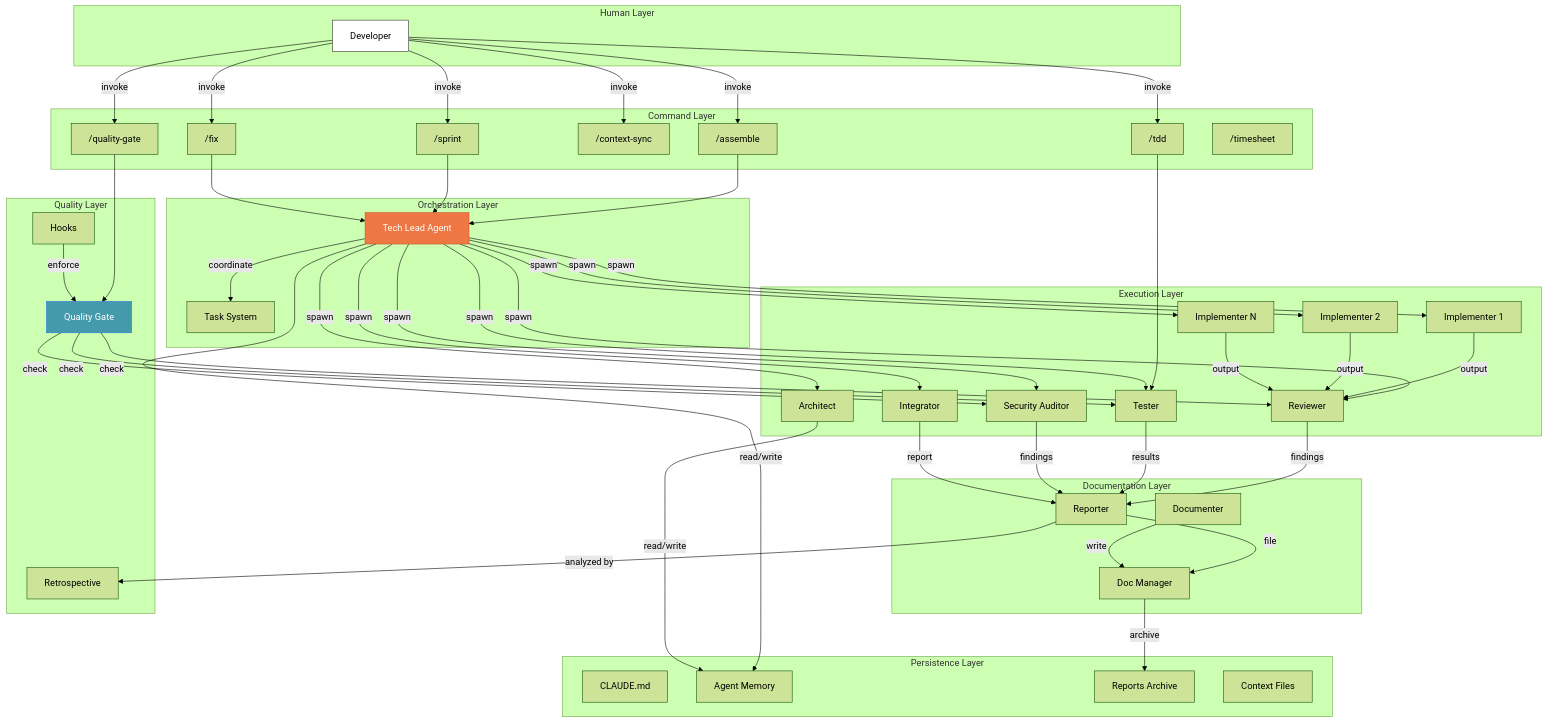
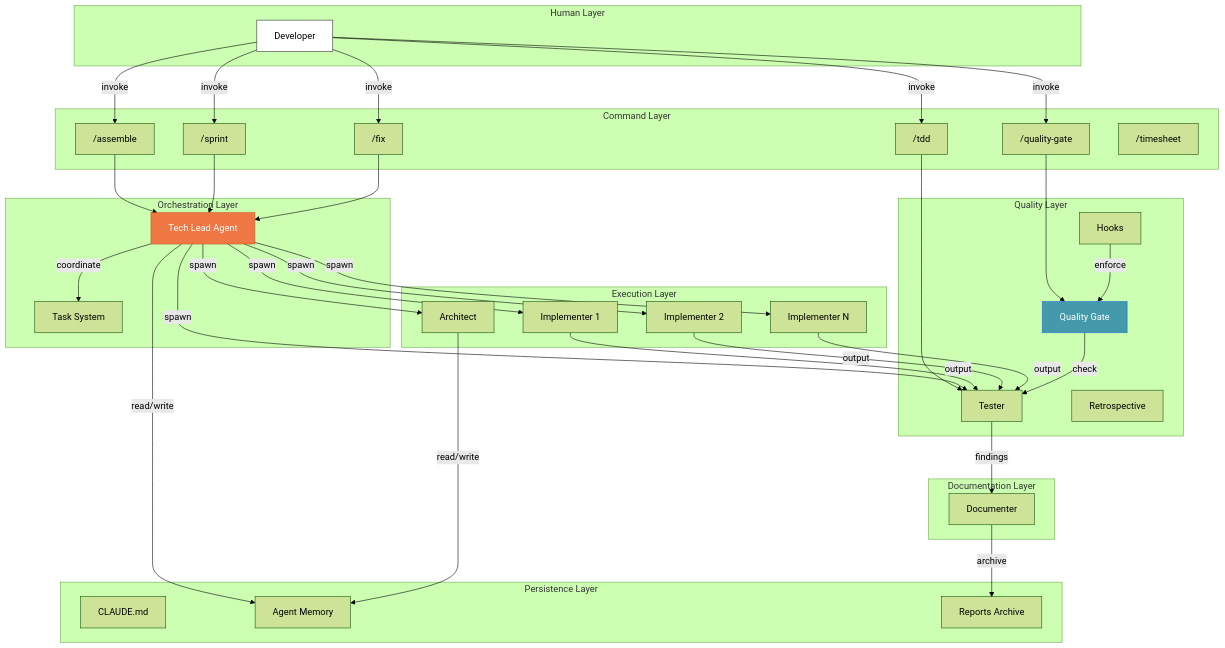
One commit to Muheng1992/symbiotic-engineering changed the second of 18 diagrams in docs/AGENT-ARMY-DESIGN.md. Above: the diagram before and after it, drawn with Mermaid (forest theme). The commit also changed other lines of this file and 46 other files, not shown here.

```diff
--- a/docs/AGENT-ARMY-DESIGN.md
+++ b/docs/AGENT-ARMY-DESIGN.md
@@ -78,7 +78,6 @@
         S1["/assemble"]
         S2["/sprint"]
         S3["/quality-gate"]
-        S4["/context-sync"]
         S5t["/tdd"]
         S6f["/fix"]
         S7ts["/timesheet"]
@@ -94,35 +93,28 @@
         IM1[Implementer 1]
         IM2[Implementer 2]
         IM3[Implementer N]
+    end
+
+    subgraph "Quality Layer"
         TE[Tester]
-        RV[Reviewer]
-        SA[Security Auditor]
-        IN[Integrator]
+        QG[Quality Gate]
+        HK[Hooks]
+        RT[Retrospective]
     end
 
     subgraph "Documentation Layer"
         DC[Documenter]
-        DM[Doc Manager]
-        RP[Reporter]
-    end
-
-    subgraph "Quality Layer"
-        QG[Quality Gate]
-        HK[Hooks]
-        RT[Retrospective]
     end
 
     subgraph "Persistence Layer"
         CM[CLAUDE.md]
         MEM[Agent Memory]
         RPT[Reports Archive]
-        CTX[Context Files]
     end
 
     U -->|invoke| S1
     U -->|invoke| S2
     U -->|invoke| S3
-    U -->|invoke| S4
     U -->|invoke| S5t
     U -->|invoke| S6f
 
@@ -136,28 +128,17 @@
     TL -->|spawn| IM2
     TL -->|spawn| IM3
     TL -->|spawn| TE
-    TL -->|spawn| RV
-    TL -->|spawn| SA
-    TL -->|spawn| IN
     TL -->|coordinate| TS
 
-    IM1 -->|output| RV
-    IM2 -->|output| RV
-    IM3 -->|output| RV
-    RV -->|findings| RP
-    TE -->|results| RP
-    SA -->|findings| RP
-    IN -->|report| RP
+    IM1 -->|output| TE
+    IM2 -->|output| TE
+    IM3 -->|output| TE
+    TE -->|findings| DC
 
-    RP -->|"analyzed by"| RT
-    RP -->|file| DM
-    DC -->|write| DM
-    DM -->|archive| RPT
+    DC -->|archive| RPT
 
     S3 --> QG
-    QG -->|check| RV
     QG -->|check| TE
-    QG -->|check| SA
 
     HK -->|enforce| QG
 
```
